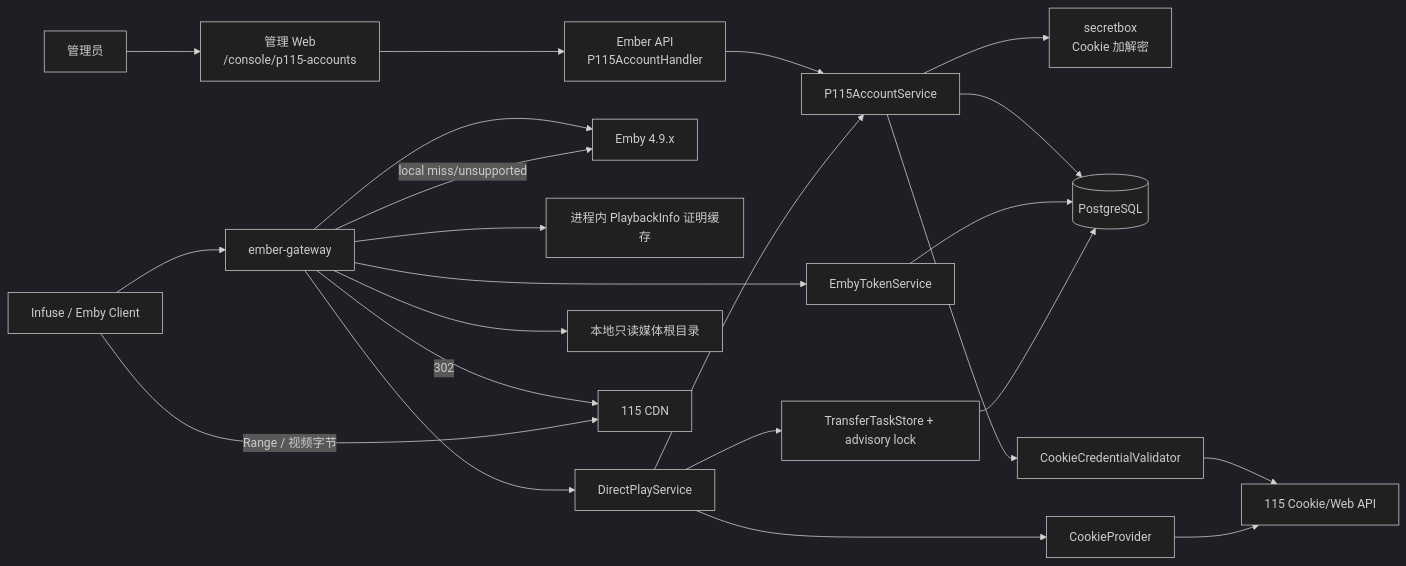
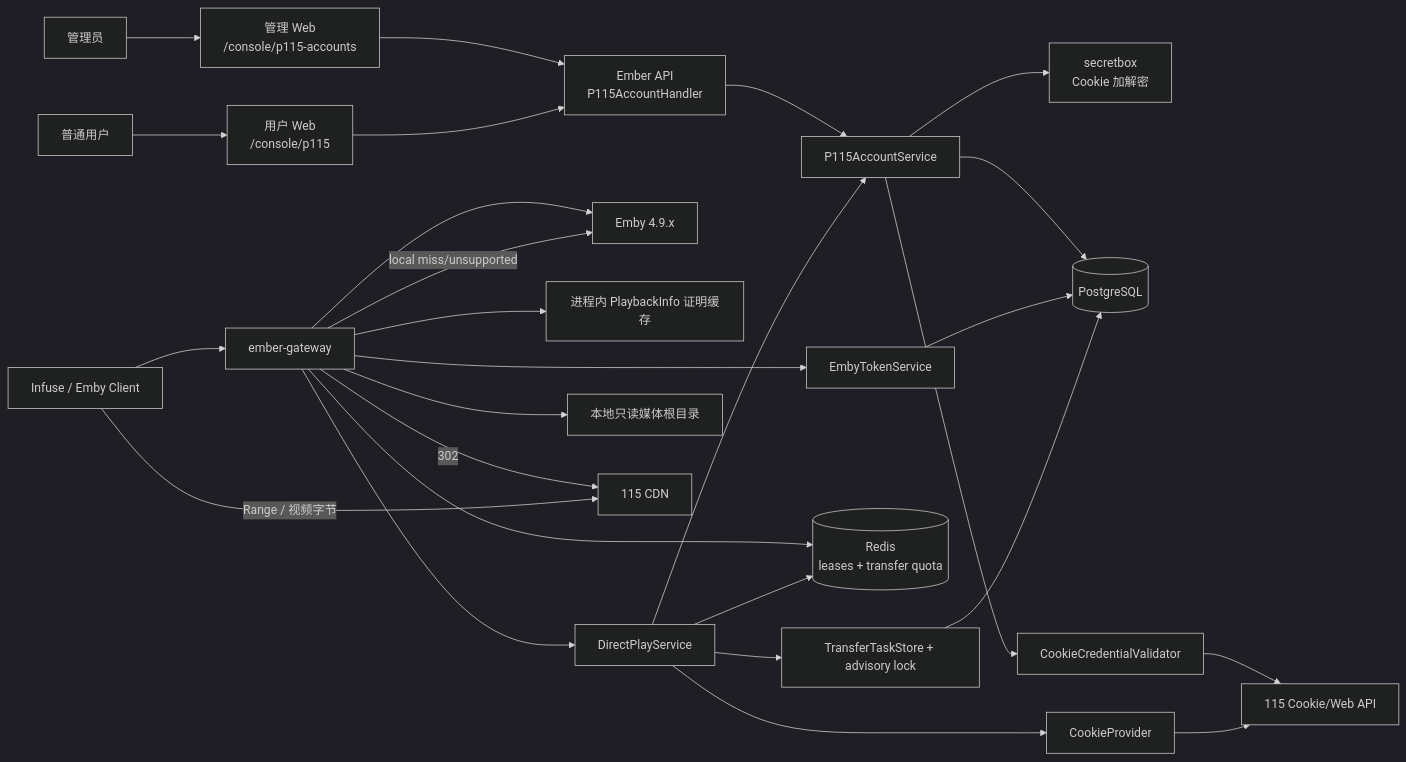
One commit to konghanghang/ember changed the first of 8 diagrams in docs/reference/p115-playback-end-to-end-flow.md. Above: the diagram before and after it, drawn with Mermaid (dark theme). The commit also changed other lines of this file and 9 other files, not shown here.

Commit message:
docs(architecture): 收口 115 个人路由与配额文档

````diff
--- a/docs/reference/p115-playback-end-to-end-flow.md
+++ b/docs/reference/p115-playback-end-to-end-flow.md
@@ -60,26 +60,30 @@
 ```mermaid
 flowchart LR
     Admin[管理员] --> Web[管理 Web<br/>/console/p115-accounts]
+    User[普通用户] --> UserWeb[用户 Web<br/>/console/p115]
     Web --> API[Ember API<br/>P115AccountHandler]
+    UserWeb --> API
     API --> AccountService[P115AccountService]
     AccountService --> Secretbox[secretbox<br/>Cookie 加解密]
     AccountService --> PG[(PostgreSQL)]
     AccountService --> Validator[CookieCredentialValidator]
     Validator --> P115[115 Cookie/Web API]
 
     Client[Infuse / Emby Client] --> Gateway[ember-gateway]
     Gateway --> TokenService[EmbyTokenService]
     TokenService --> PG
     Gateway --> Emby[Emby 4.9.x]
     Gateway --> Proof[进程内 PlaybackInfo 证明缓存]
     Gateway --> DirectPlay[DirectPlayService]
+    Gateway --> Redis[(Redis<br/>leases + transfer quota)]
     Gateway --> Local[本地只读媒体根目录]
     DirectPlay --> AccountService
+    DirectPlay --> Redis
     DirectPlay --> TaskStore[TransferTaskStore + advisory lock]
     TaskStore --> PG
     DirectPlay --> Provider[CookieProvider]
     Provider --> P115
     Gateway -- 302 --> CDN[115 CDN]
     Client -- Range / 视频字节 --> CDN
     Gateway -- local miss/unsupported --> Emby
 ```
````
